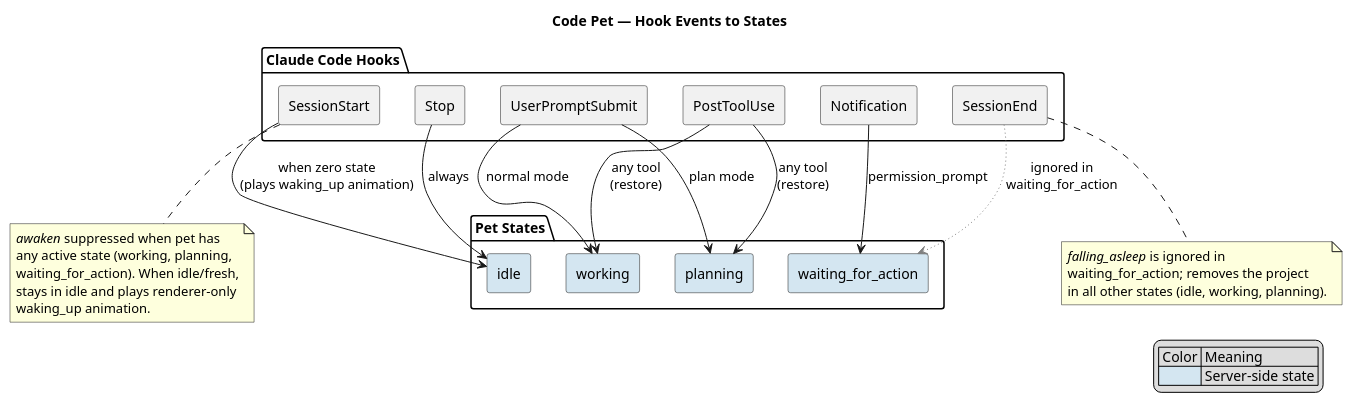
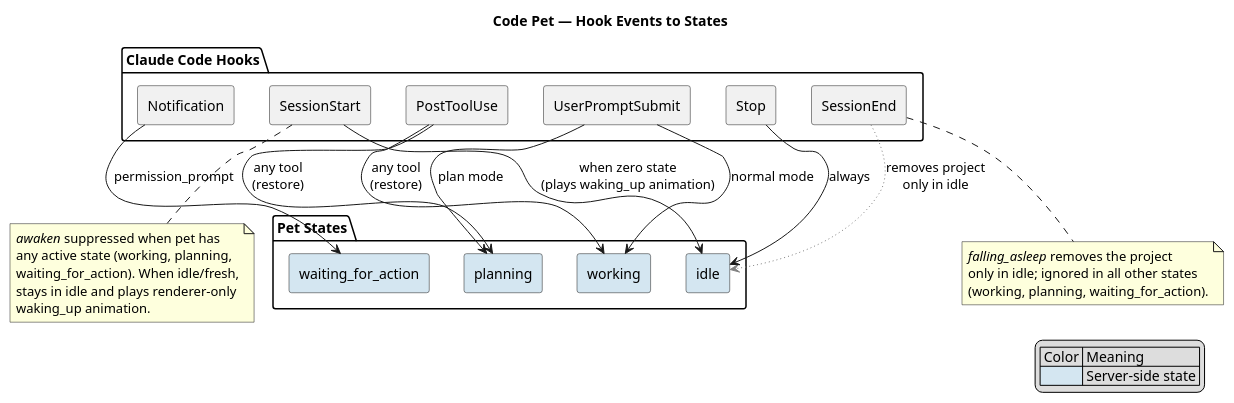
One commit to mradovic95/code-pet changed the second of 2 diagrams in docs/state-diagram.puml. Above: the diagram before and after it, drawn with PlantUML. The commit also changed other lines of this file and 6 other files, not shown here.

Commit message:
change falling_asleep event handling, and add dismiss event

```diff
--- a/docs/state-diagram.puml
+++ b/docs/state-diagram.puml
@@ -72,50 +82,50 @@
 @startuml code-pet-events
 title Code Pet — Hook Events to States
 
 skinparam componentStyle rectangle
 
 package "Claude Code Hooks" {
   [SessionStart] as SS
   [SessionEnd] as SE
   [UserPromptSubmit] as PS
   [Notification] as NOTIF
   [PostToolUse] as PTU
   [Stop] as STOP
 }
 
 package "Pet States" {
   [working] #D4E6F1
   [planning] #D4E6F1
   [waiting_for_action] #D4E6F1
   [idle] #D4E6F1
 }
 
 SS --> [idle] : when zero state\n(plays waking_up animation)
-SE -[#grey,dotted]-> [waiting_for_action] : ignored in\nwaiting_for_action
+SE -[#grey,dotted]-> [idle] : removes project\nonly in idle
 PS --> [working] : normal mode
 PS --> [planning] : plan mode
 NOTIF --> [waiting_for_action] : permission_prompt
 PTU --> [working] : any tool\n(restore)
 PTU --> [planning] : any tool\n(restore)
 STOP --> [idle] : always
 
 note bottom of SS
   //awaken// suppressed when pet has
   any active state (working, planning,
   waiting_for_action). When idle/fresh,
   stays in idle and plays renderer-only
   waking_up animation.
 end note
 
 note bottom of SE
-  //falling_asleep// is ignored in
-  waiting_for_action; removes the project
-  in all other states (idle, working, planning).
+  //falling_asleep// removes the project
+  only in idle; ignored in all other states
+  (working, planning, waiting_for_action).
 end note
 
 legend right
   | Color | Meaning |
   | <#D4E6F1> | Server-side state |
 end legend
 
 @enduml
```
